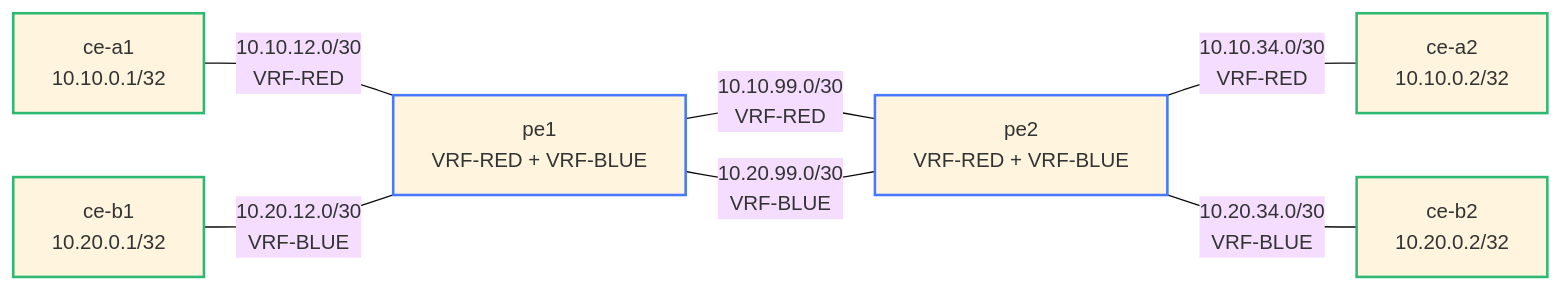
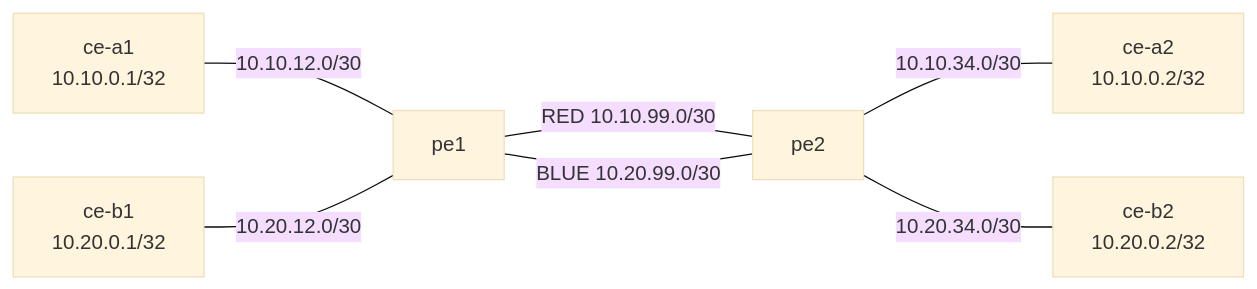
Before and after one commit to jschless/networkingLabs: the diagram in labs/vrf-lite/README.md, drawn with Mermaid (base theme). The commit also changed other lines of this file and 281 other files, not shown here.

````diff
--- a/labs/vrf-lite/README.md
+++ b/labs/vrf-lite/README.md
@@ -11,22 +13,9 @@
 ```mermaid
 flowchart LR
-    cea1["ce-a1<br/>10.10.0.1/32"]
-    ceb1["ce-b1<br/>10.20.0.1/32"]
-    pe1["pe1<br/>VRF-RED + VRF-BLUE"]
-    pe2["pe2<br/>VRF-RED + VRF-BLUE"]
-    cea2["ce-a2<br/>10.10.0.2/32"]
-    ceb2["ce-b2<br/>10.20.0.2/32"]
-
-    cea1 -- "10.10.12.0/30<br/>VRF-RED" --- pe1
-    pe1 -- "10.10.99.0/30<br/>VRF-RED" --- pe2
-    pe2 -- "10.10.34.0/30<br/>VRF-RED" --- cea2
-
-    ceb1 -- "10.20.12.0/30<br/>VRF-BLUE" --- pe1
-    pe1 -- "10.20.99.0/30<br/>VRF-BLUE" --- pe2
-    pe2 -- "10.20.34.0/30<br/>VRF-BLUE" --- ceb2
-
-    classDef router stroke:#4778ff,stroke-width:2px
-    classDef ce stroke:#2eb872,stroke-width:2px
-    class pe1,pe2 router
-    class cea1,cea2,ceb1,ceb2 ce
+    a1["ce-a1\n10.10.0.1/32"] ---|"10.10.12.0/30"| pe1
+    pe1 ---|"RED 10.10.99.0/30"| pe2
+    pe2 ---|"10.10.34.0/30"| a2["ce-a2\n10.10.0.2/32"]
+    b1["ce-b1\n10.20.0.1/32"] ---|"10.20.12.0/30"| pe1
+    pe1 ---|"BLUE 10.20.99.0/30"| pe2
+    pe2 ---|"10.20.34.0/30"| b2["ce-b2\n10.20.0.2/32"]
 ```
````
